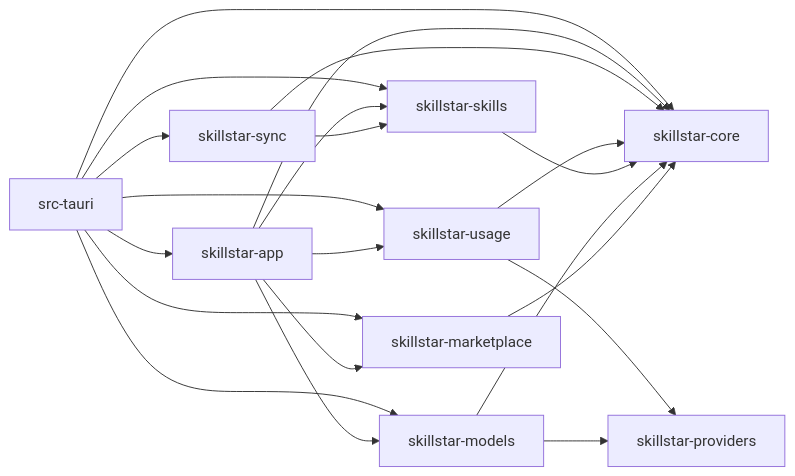
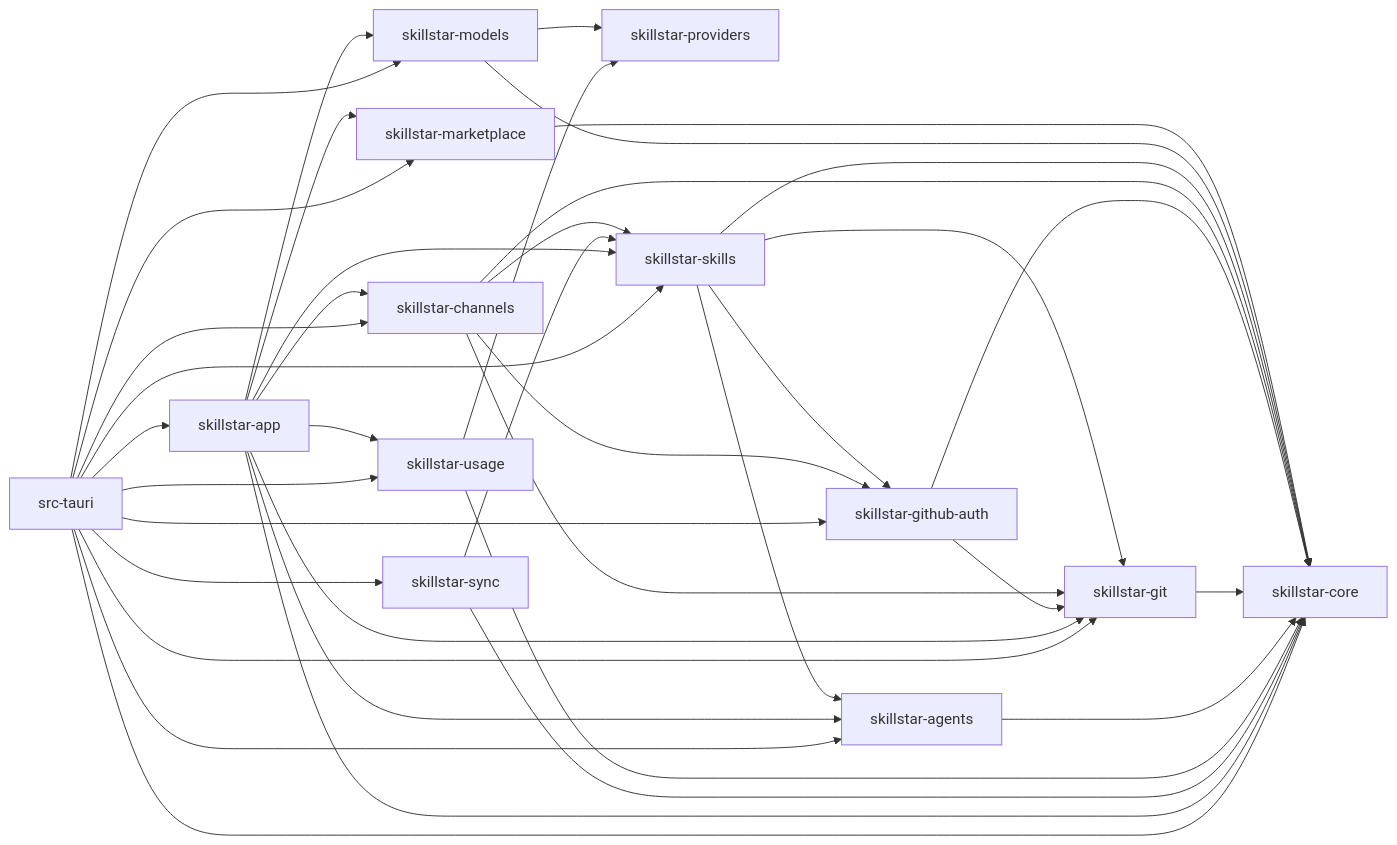
The diagram in docs/boundaries.md (xxww0098/SkillStar), drawn with Mermaid before and after one commit. The commit also changed other lines of this file and 535 other files, not shown here.

````diff
--- a/docs/boundaries.md
+++ b/docs/boundaries.md
@@ -61,33 +69,55 @@
 ```mermaid
 flowchart LR
   providers["skillstar-providers"]
   core["skillstar-core"]
+  git["skillstar-git"]
+  agents["skillstar-agents"]
+  auth["skillstar-github-auth"]
   skills["skillstar-skills"]
+  channels["skillstar-channels"]
   market["skillstar-marketplace"]
   models["skillstar-models"]
   usage["skillstar-usage"]
   sync["skillstar-sync"]
   app["skillstar-app"]
   tauri["src-tauri"]
 
   market --> core
   models --> core
   models --> providers
   skills --> core
+  skills --> git
+  skills --> agents
+  skills --> auth
+  channels --> core
+  channels --> git
+  channels --> skills
+  channels --> auth
+  auth --> git
+  auth --> core
+  git --> core
+  agents --> core
   usage --> core
   usage --> providers
   sync --> core
   sync --> skills
   app --> core
   app --> skills
+  app --> git
+  app --> agents
+  app --> channels
   app --> market
   app --> models
   app --> usage
   tauri --> app
   tauri --> core
   tauri --> skills
+  tauri --> git
+  tauri --> agents
+  tauri --> auth
+  tauri --> channels
   tauri --> market
   tauri --> models
   tauri --> usage
   tauri --> sync
 ```
````
